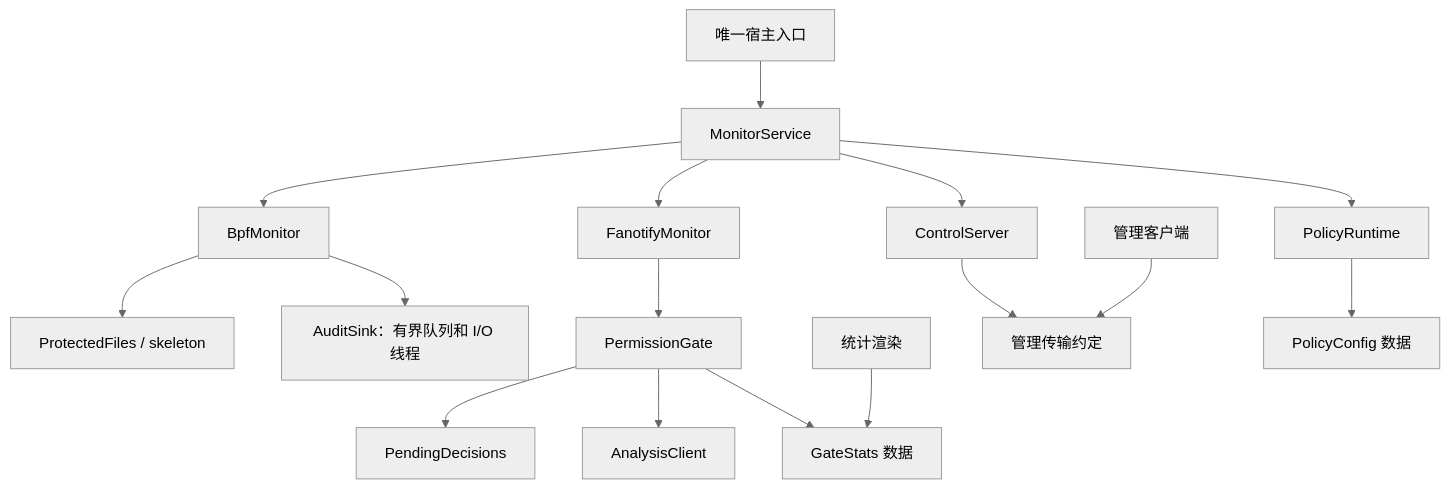
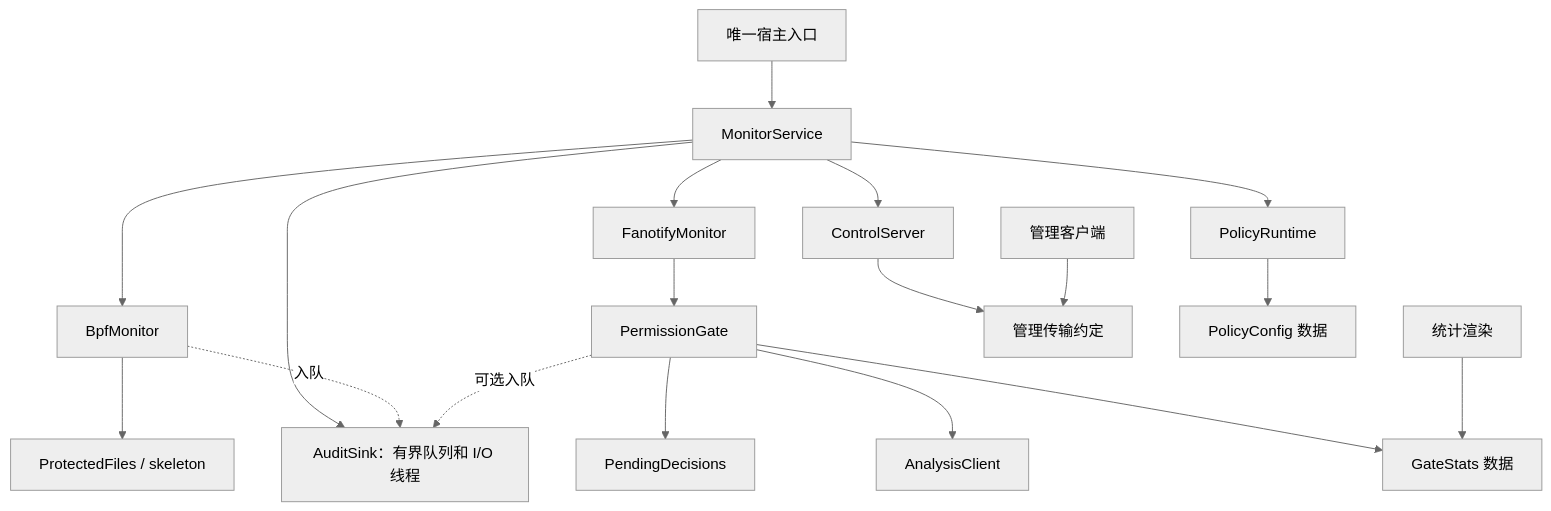
One commit to once512/SysMon-eBPF changed the diagram in docs/ARCHITECTURE_REVIEW.md. Above: the diagram before and after it, drawn with Mermaid (neutral theme). The commit also changed 38 other files, not shown here.

````diff
--- a/docs/ARCHITECTURE_REVIEW.md
+++ b/docs/ARCHITECTURE_REVIEW.md
@@ -49,18 +49,20 @@
 ```mermaid
 flowchart TD
     Main[唯一宿主入口] --> Service[MonitorService]
     Service --> Runtime[PolicyRuntime]
     Service --> Server[ControlServer]
     Service --> BPF[BpfMonitor]
     BPF --> Pins[ProtectedFiles / skeleton]
-    BPF --> Audit[AuditSink：有界队列和 I/O 线程]
+    Service --> Audit[AuditSink：有界队列和 I/O 线程]
+    BPF -.入队.-> Audit
     Service --> Fan[FanotifyMonitor]
     Fan --> Gate[PermissionGate]
+    Gate -.可选入队.-> Audit
     Gate --> Pending[PendingDecisions]
     Gate --> Analyzer[AnalysisClient]
     Gate --> Data[GateStats 数据]
     Render[统计渲染] --> Data
     Server --> Channel[管理传输约定]
     Client[管理客户端] --> Channel
     Runtime --> Config[PolicyConfig 数据]
 ```
````
